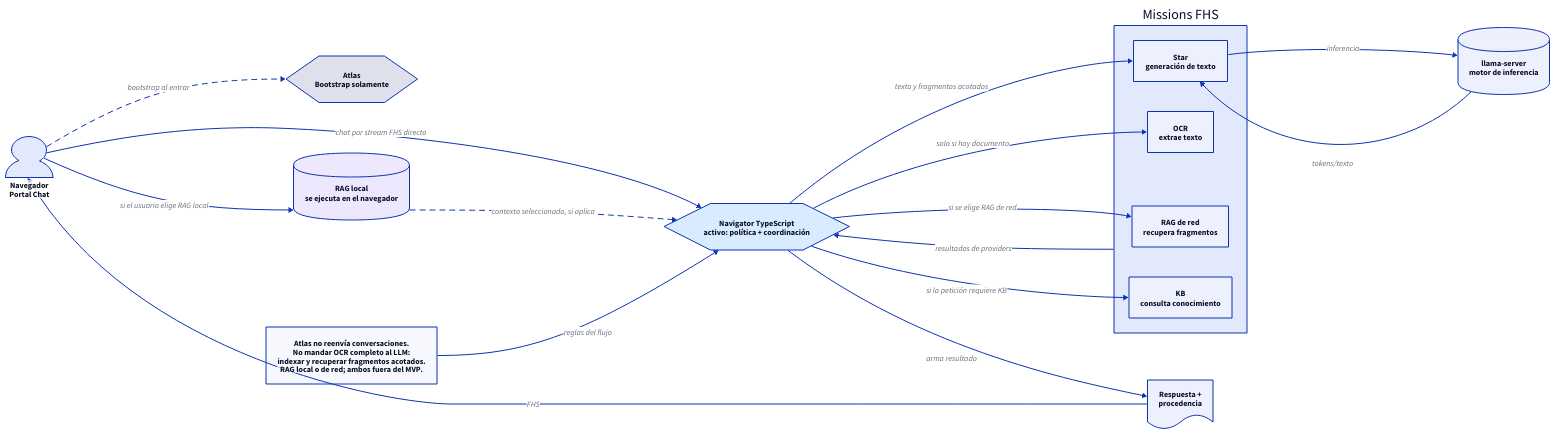
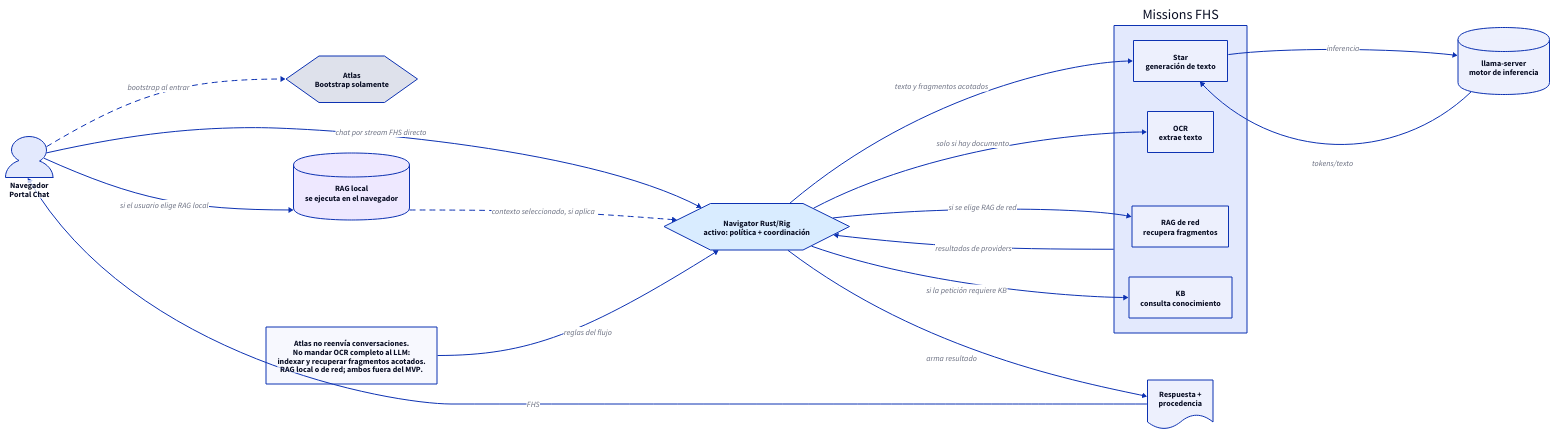
One commit to rafex/galaxIA changed the diagram in docs/diagrams/ciclo-solicitud.d2. Above: the diagram before and after it, drawn with D2. The commit also changed 10 other files, not shown here.

```diff
--- a/docs/diagrams/ciclo-solicitud.d2
+++ b/docs/diagrams/ciclo-solicitud.d2
@@ -1,57 +1,57 @@
 direction: right
 
 browser: "Navegador\nPortal Chat" {
   shape: person
 }
 
 atlas: "Atlas\nBootstrap solamente" {
   shape: hexagon
 }
 
-navigator: "Navigator TypeScript\nactivo: política + coordinación" {
+navigator: "Navigator Rust/Rig\nactivo: política + coordinación" {
   shape: hexagon
   style.fill: "#d9ecff"
 }
 
 dispatch: "Missions FHS" {
   star: "Star\ngeneración de texto"
   ocr: "OCR\nextrae texto"
   rag: "RAG de red\nrecupera fragmentos"
   kb: "KB\nconsulta conocimiento"
 }
 
 local: "RAG local\nse ejecuta en el navegador" {
   shape: cylinder
   style.fill: "#eee8ff"
 }
 
 llama: "llama-server\nmotor de inferencia" {
   shape: cylinder
 }
 
 answer: "Respuesta +\nprocedencia" {
   shape: document
 }
 
 browser -> atlas: "bootstrap al entrar" {
   style.stroke-dash: 5
 }
 browser -> navigator: "chat por stream FHS directo"
 browser -> local: "si el usuario elige RAG local"
 navigator -> dispatch.ocr: "solo si hay documento"
 navigator -> dispatch.rag: "si se elige RAG de red"
 navigator -> dispatch.kb: "si la petición requiere KB"
 navigator -> dispatch.star: "texto y fragmentos acotados"
 dispatch.star -> llama: "inferencia"
 llama -> dispatch.star: "tokens/texto"
 dispatch -> navigator: "resultados de providers"
 local -> navigator: "contexto seleccionado, si aplica" {
   style.stroke-dash: 5
 }
 navigator -> answer: "arma resultado"
 answer -> browser: "FHS"
 
 note: "Atlas no reenvía conversaciones.\nNo mandar OCR completo al LLM:\nindexar y recuperar fragmentos acotados.\nRAG local o de red; ambos fuera del MVP." {
   shape: rectangle
 }
 note -> navigator: "reglas del flujo"
```
